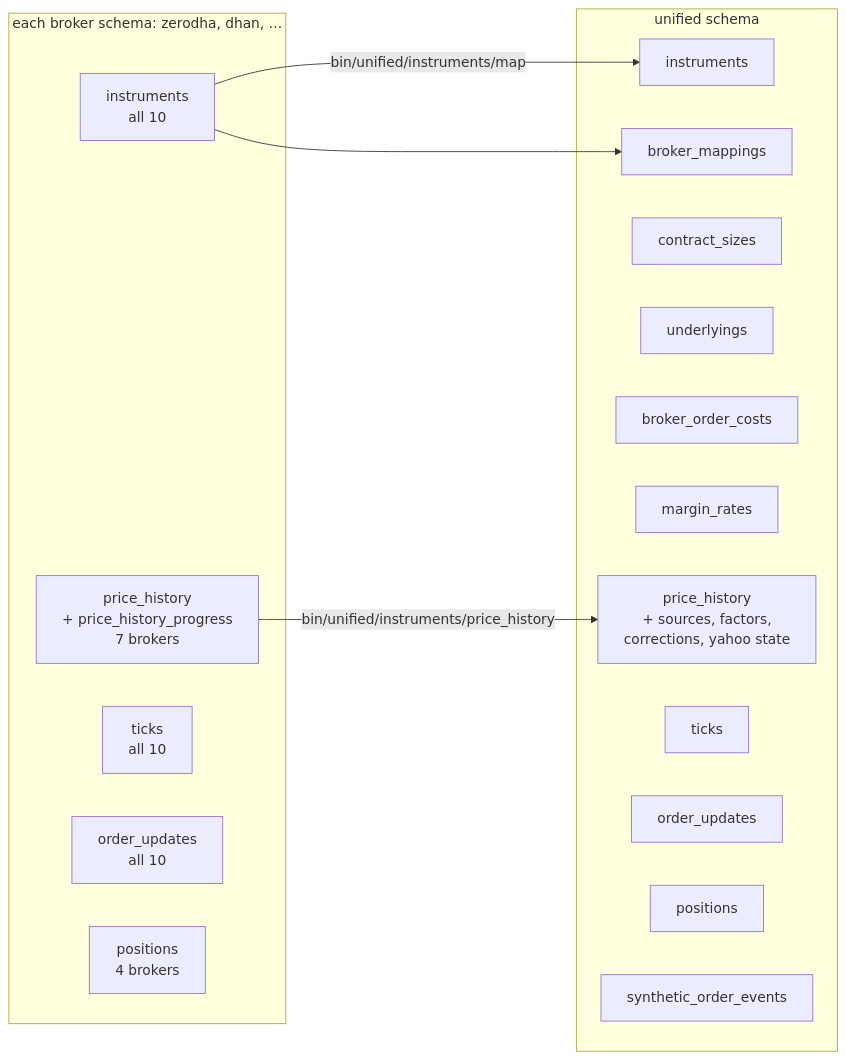
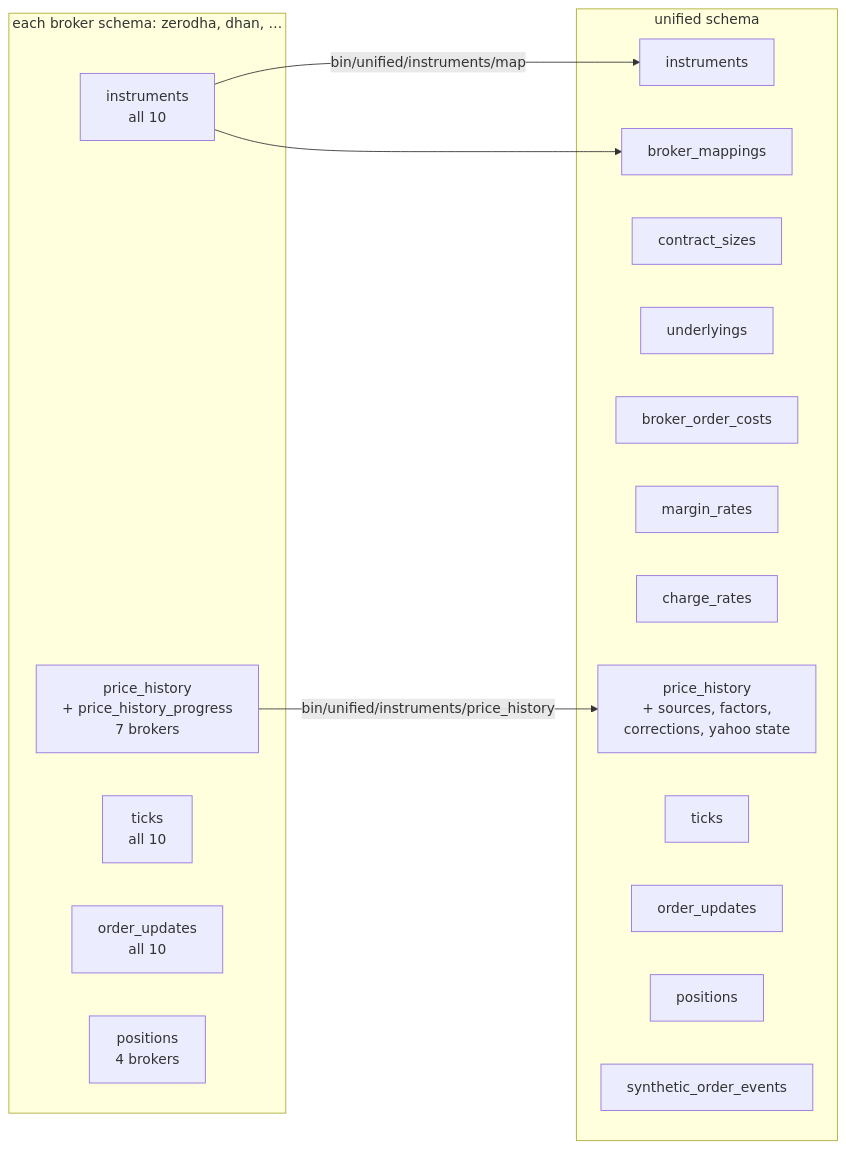
One commit to pramodathani/unified_broker_interface changed the first of 3 diagrams in docs/architecture/database.md. Above: the diagram before and after it, drawn with Mermaid. The commit also changed other lines of this file and 27 other files, not shown here.

````diff
--- a/docs/architecture/database.md
+++ b/docs/architecture/database.md
@@ -11,26 +11,27 @@
 ```mermaid
 flowchart LR
     subgraph broker["each broker schema: zerodha, dhan, …"]
         BI["instruments<br/>all 10"]
         BP["price_history<br/>+ price_history_progress<br/>7 brokers"]
         BT["ticks<br/>all 10"]
         BO["order_updates<br/>all 10"]
         BPOS["positions<br/>4 brokers"]
     end
     subgraph unified["unified schema"]
         UI["instruments"]
         UM["broker_mappings"]
         UC["contract_sizes"]
         UU["underlyings"]
         UBC["broker_order_costs"]
         UMR["margin_rates"]
+        UCR["charge_rates"]
         UPH["price_history<br/>+ sources, factors,<br/>corrections, yahoo state"]
         UT["ticks"]
         UO["order_updates"]
         UP["positions"]
         US["synthetic_order_events"]
     end
     BI -->|bin/unified/instruments/map| UI
     BI --> UM
     BP -->|bin/unified/instruments/price_history| UPH
 ```
````
